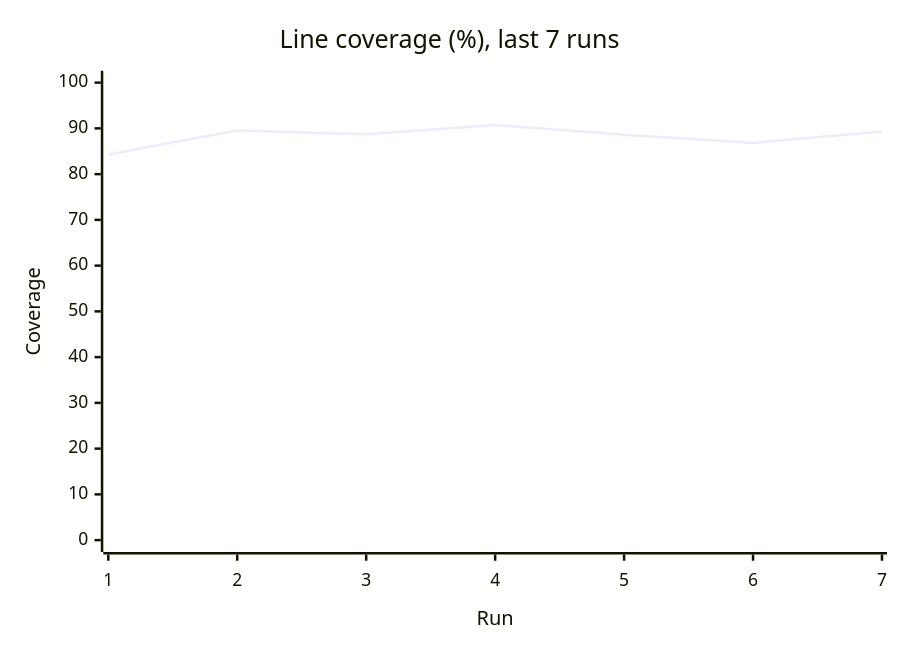
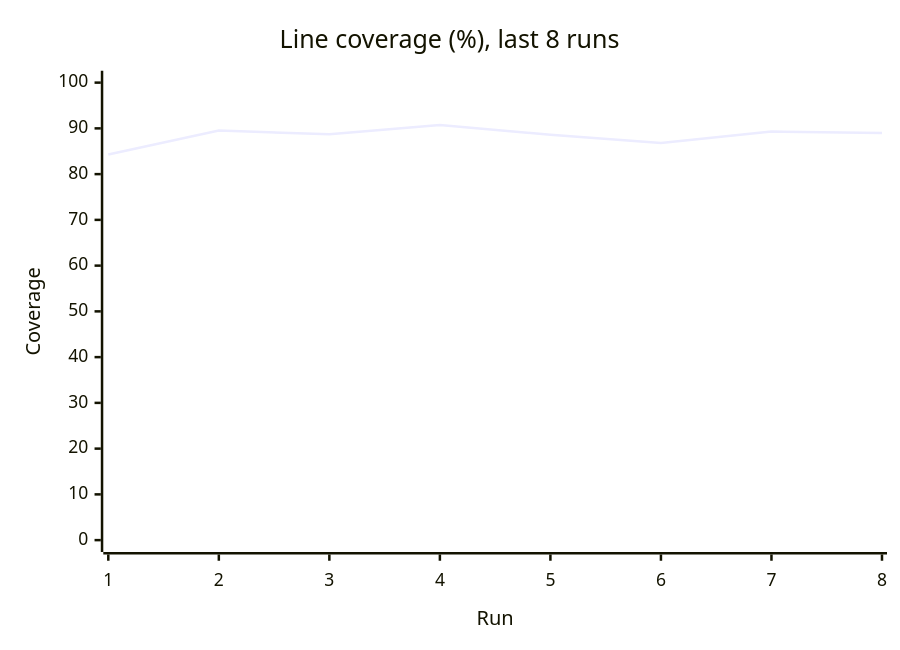
Before and after one commit to Shirojoufu/Flaky-Test-Lab: the third of 3 diagrams in reports/summary.md, drawn with Mermaid. The commit also changed other lines of this file and 7 other files, not shown here.

````diff
--- a/reports/summary.md
+++ b/reports/summary.md
@@ -59,7 +60,7 @@
 ```mermaid
 xychart-beta
-    title "Line coverage (%), last 7 runs"
-    x-axis "Run" [1, 2, 3, 4, 5, 6, 7]
+    title "Line coverage (%), last 8 runs"
+    x-axis "Run" [1, 2, 3, 4, 5, 6, 7, 8]
     y-axis "Coverage" 0 --> 100
-    line [84.27, 89.52, 88.71, 90.73, 88.61, 86.83, 89.32]
+    line [84.27, 89.52, 88.71, 90.73, 88.61, 86.83, 89.32, 88.97]
 ```
````
